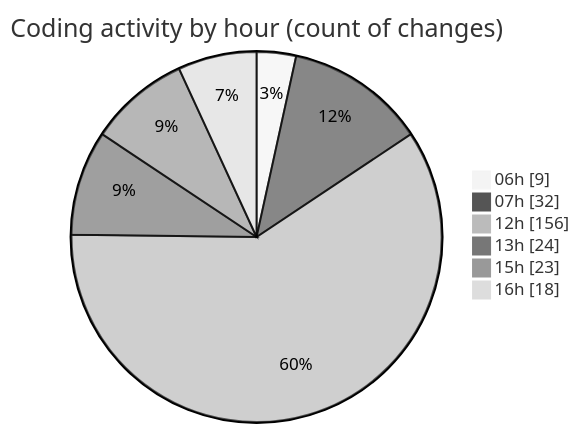
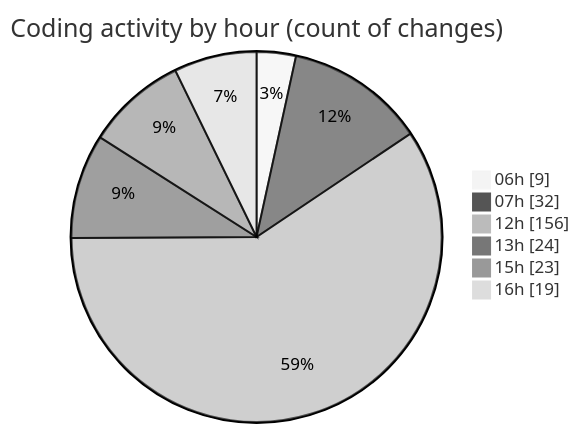
One commit to robertbonfada/code-tracking changed the second of 2 diagrams in 2025-02-18/mbc-web/README.md. Above: the diagram before and after it, drawn with Mermaid (neutral theme). The commit also changed other lines of this file and 1 other file, not shown here.

````diff
--- a/2025-02-18/mbc-web/README.md
+++ b/2025-02-18/mbc-web/README.md
@@ -146,10 +146,10 @@
 ```mermaid
 pie showData
 title Coding activity by hour (count of changes)
 "06h" : 9
 "07h" : 32
 "12h" : 156
 "13h" : 24
 "15h" : 23
-"16h" : 18
+"16h" : 19
 ```
````
